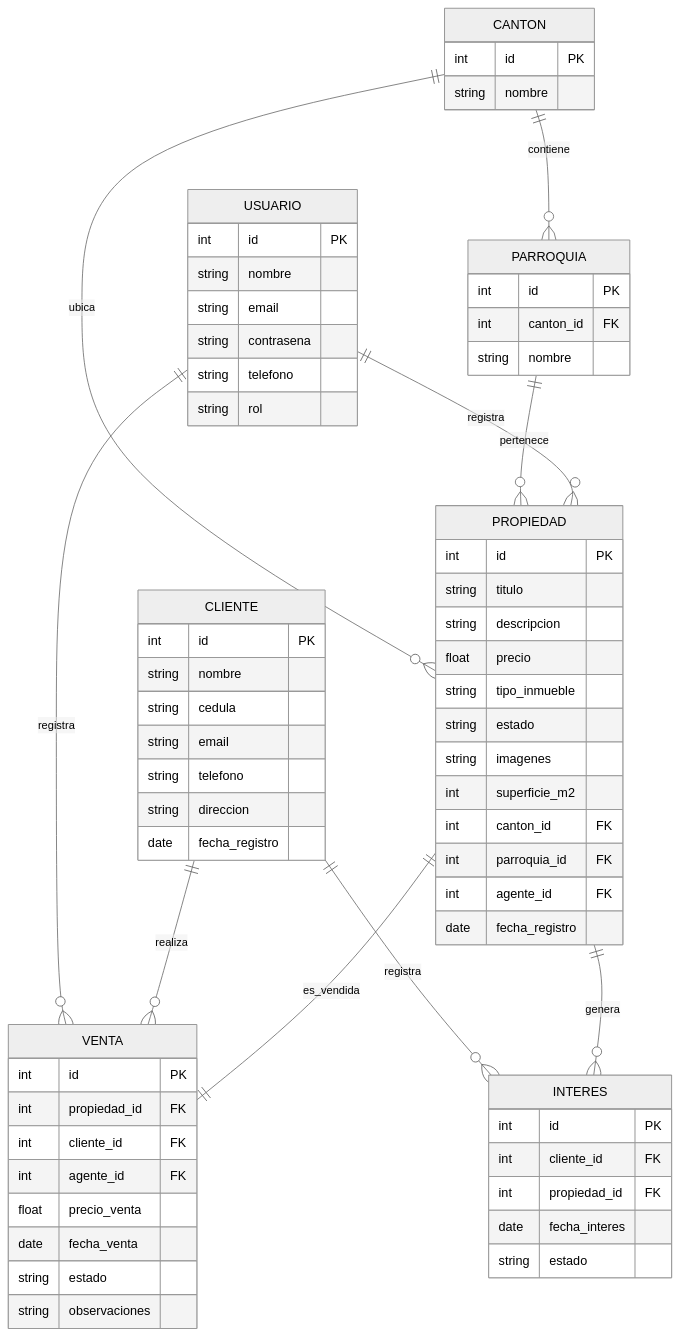
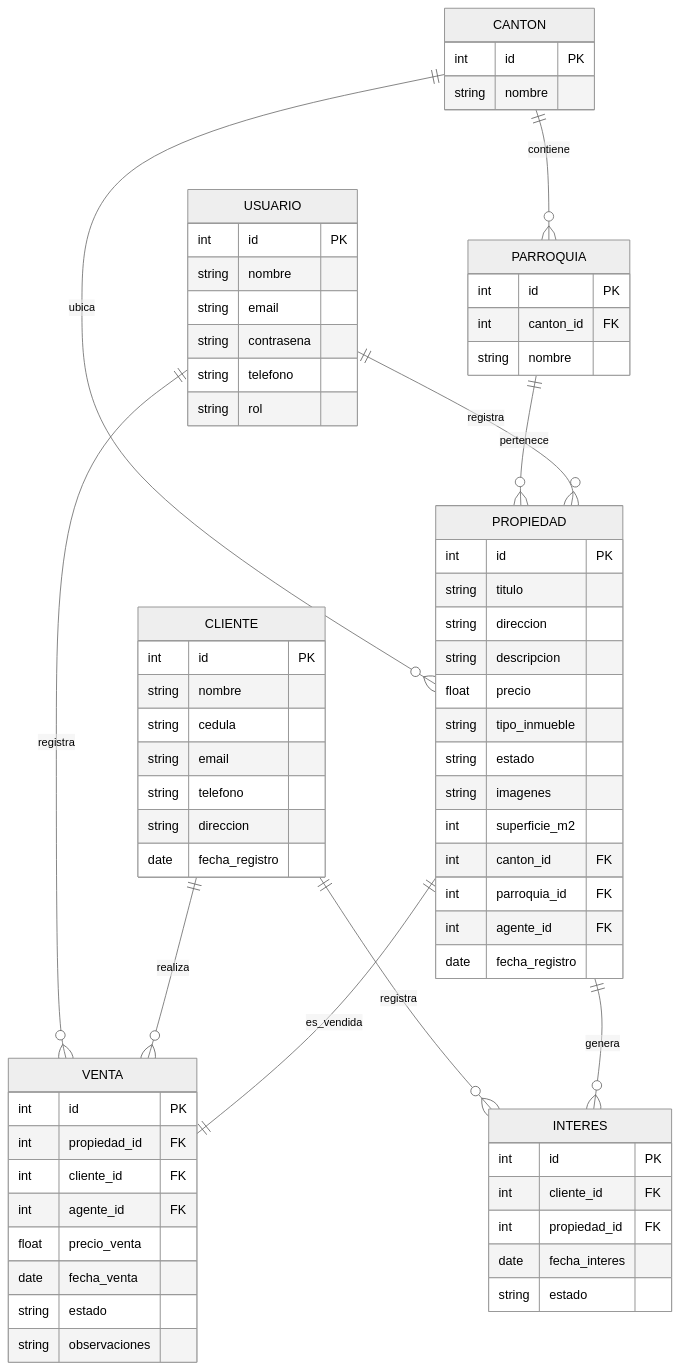
Before and after one commit to multialejo/inmobiliaria-compra-venta: the diagram in docs/diagrama_MER.md, drawn with Mermaid (neutral theme). The commit also changed other lines of this file and 2 other files, not shown here.

Commit message:
fix: agregar campo "direccion" a propiedades

````diff
--- a/docs/diagrama_MER.md
+++ b/docs/diagrama_MER.md
@@ -5,76 +5,77 @@
 ```mermaid
 erDiagram
     CANTON {
         int id PK
         string nombre
     }
 
     PARROQUIA {
         int id PK
         int canton_id FK
         string nombre
     }
 
     USUARIO {
         int id PK
         string nombre
         string email
         string contrasena
         string telefono
         string rol
     }
 
     PROPIEDAD {
         int id PK
         string titulo
+        string direccion
         string descripcion
         float precio
         string tipo_inmueble
         string estado
         string imagenes
         int superficie_m2
         int canton_id FK
         int parroquia_id FK
         int agente_id FK
         date fecha_registro
     }
 
     CLIENTE {
         int id PK
         string nombre
         string cedula
         string email
         string telefono
         string direccion
         date fecha_registro
     }
 
     VENTA {
         int id PK
         int propiedad_id FK
         int cliente_id FK
         int agente_id FK
         float precio_venta
         date fecha_venta
         string estado
         string observaciones
     }
 
     INTERES {
         int id PK
         int cliente_id FK
         int propiedad_id FK
         date fecha_interes
         string estado
     }
 
     CANTON ||--o{ PARROQUIA : contiene
     CANTON ||--o{ PROPIEDAD : ubica
     PARROQUIA ||--o{ PROPIEDAD : pertenece
     USUARIO ||--o{ PROPIEDAD : registra
     USUARIO ||--o{ VENTA : registra
     CLIENTE ||--o{ VENTA : realiza
     CLIENTE ||--o{ INTERES : registra
     PROPIEDAD ||--|| VENTA : es_vendida
     PROPIEDAD ||--o{ INTERES : genera
 ```
````
